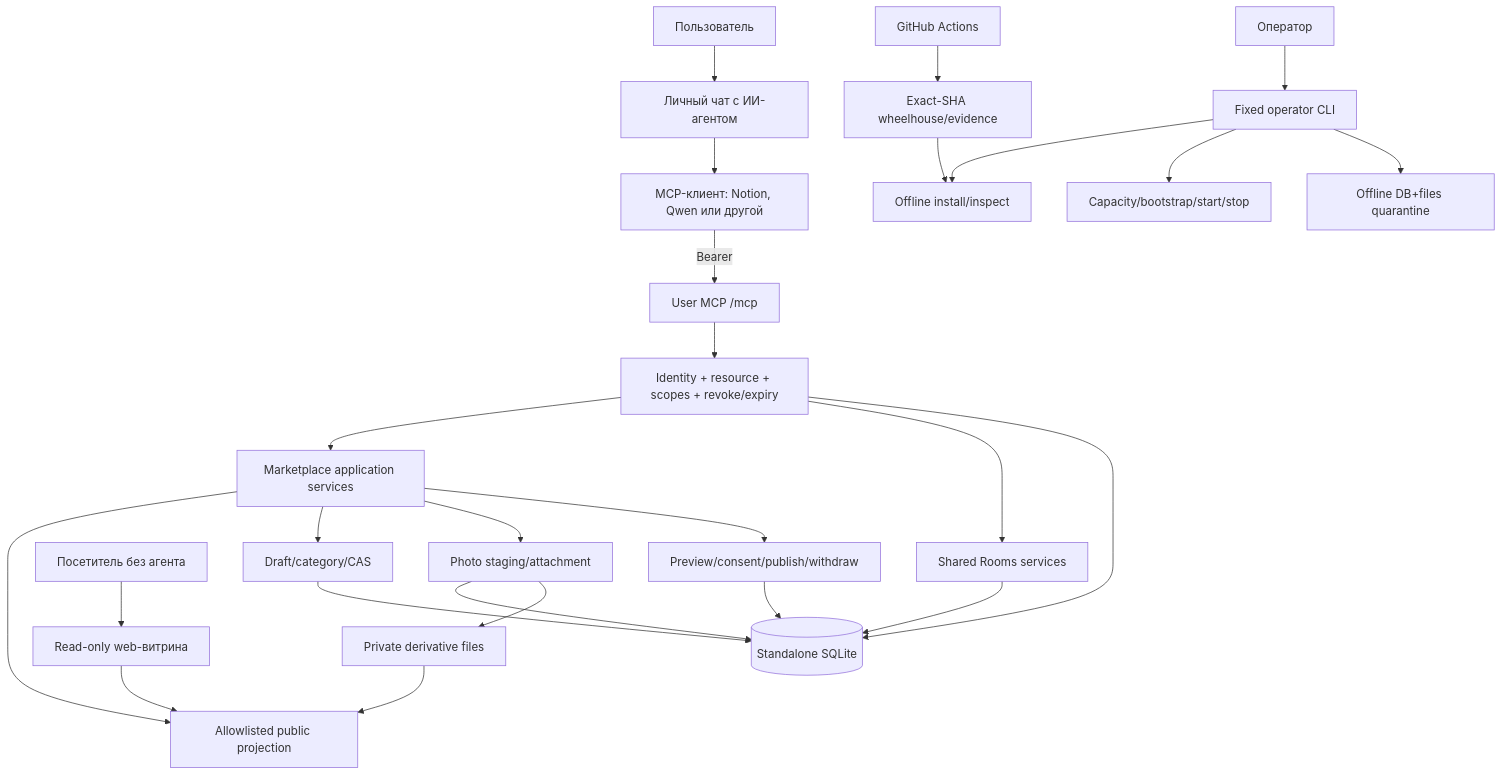
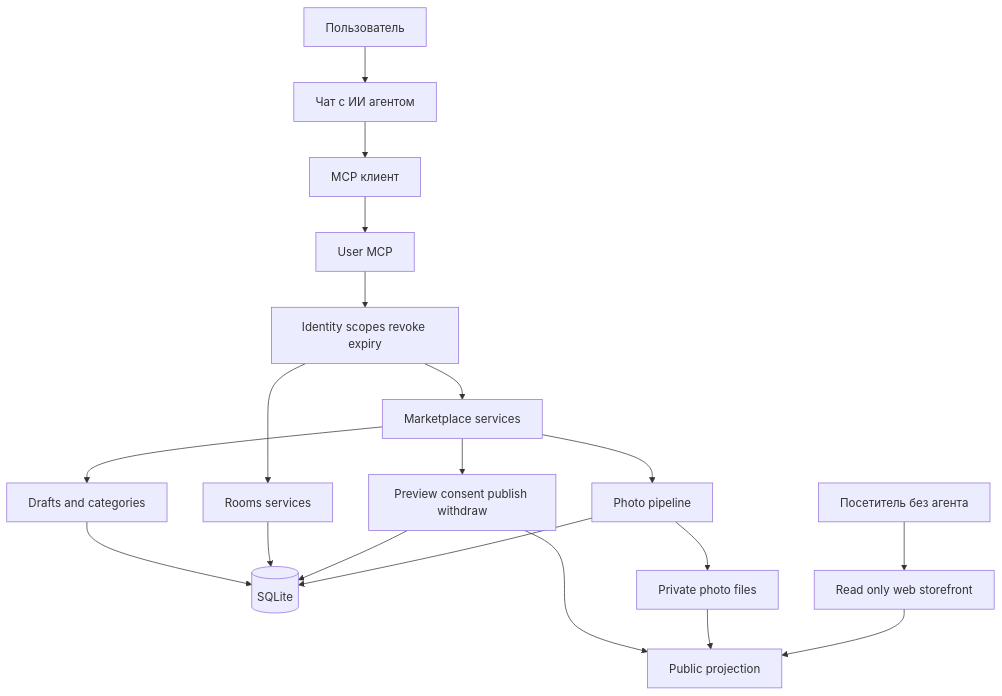
Before and after one commit to LeonidYasin/mcp-rooms: the first of 5 diagrams in docs/architecture-graph.md, drawn with Mermaid. The commit also changed other lines of this file and 4 other files, not shown here.

````diff
--- a/docs/architecture-graph.md
+++ b/docs/architecture-graph.md
@@ -9,32 +8,21 @@
 ```mermaid
-flowchart TB
-  U[Пользователь] --> CHAT[Личный чат с ИИ-агентом]
-  CHAT --> CLIENT[MCP-клиент: Notion, Qwen или другой]
-  CLIENT -->|Bearer| MCP[User MCP /mcp]
-  MCP --> GATE[Identity + resource + scopes + revoke/expiry]
-  GATE --> MARKET[Marketplace application services]
-  GATE --> ROOMS[Shared Rooms services]
-
-  VISITOR[Посетитель без агента] --> WEB[Read-only web-витрина]
-  WEB --> PUBLIC[Allowlisted public projection]
-  MARKET --> PUBLIC
-
-  MARKET --> DRAFTS[Draft/category/CAS]
-  MARKET --> MEDIA[Photo staging/attachment]
-  MARKET --> PUBLISH[Preview/consent/publish/withdraw]
-  DRAFTS --> DB[(Standalone SQLite)]
-  PUBLISH --> DB
-  ROOMS --> DB
-  GATE --> DB
-  MEDIA --> DB
-  MEDIA --> FILES[Private derivative files]
-  FILES --> PUBLIC
-
-  OP[Оператор] --> TOOLS[Fixed operator CLI]
-  TOOLS --> INSTALL[Offline install/inspect]
-  TOOLS --> CONTROL[Capacity/bootstrap/start/stop]
-  TOOLS --> RECOVERY[Offline DB+files quarantine]
-
-  CI[GitHub Actions] --> ART[Exact-SHA wheelhouse/evidence]
-  ART --> INSTALL
+flowchart TD
+  User[Пользователь] --> Chat[Чат с ИИ агентом]
+  Chat --> Client[MCP клиент]
+  Client --> MCP[User MCP]
+  MCP --> Auth[Identity scopes revoke expiry]
+  Auth --> Market[Marketplace services]
+  Auth --> Rooms[Rooms services]
+  Market --> Drafts[Drafts and categories]
+  Market --> Photos[Photo pipeline]
+  Market --> Publish[Preview consent publish withdraw]
+  Drafts --> SQLite[(SQLite)]
+  Rooms --> SQLite
+  Publish --> SQLite
+  Photos --> SQLite
+  Photos --> Files[Private photo files]
+  Publish --> Public[Public projection]
+  Files --> Public
+  Visitor[Посетитель без агента] --> Web[Read only web storefront]
+  Web --> Public
 ```
````
